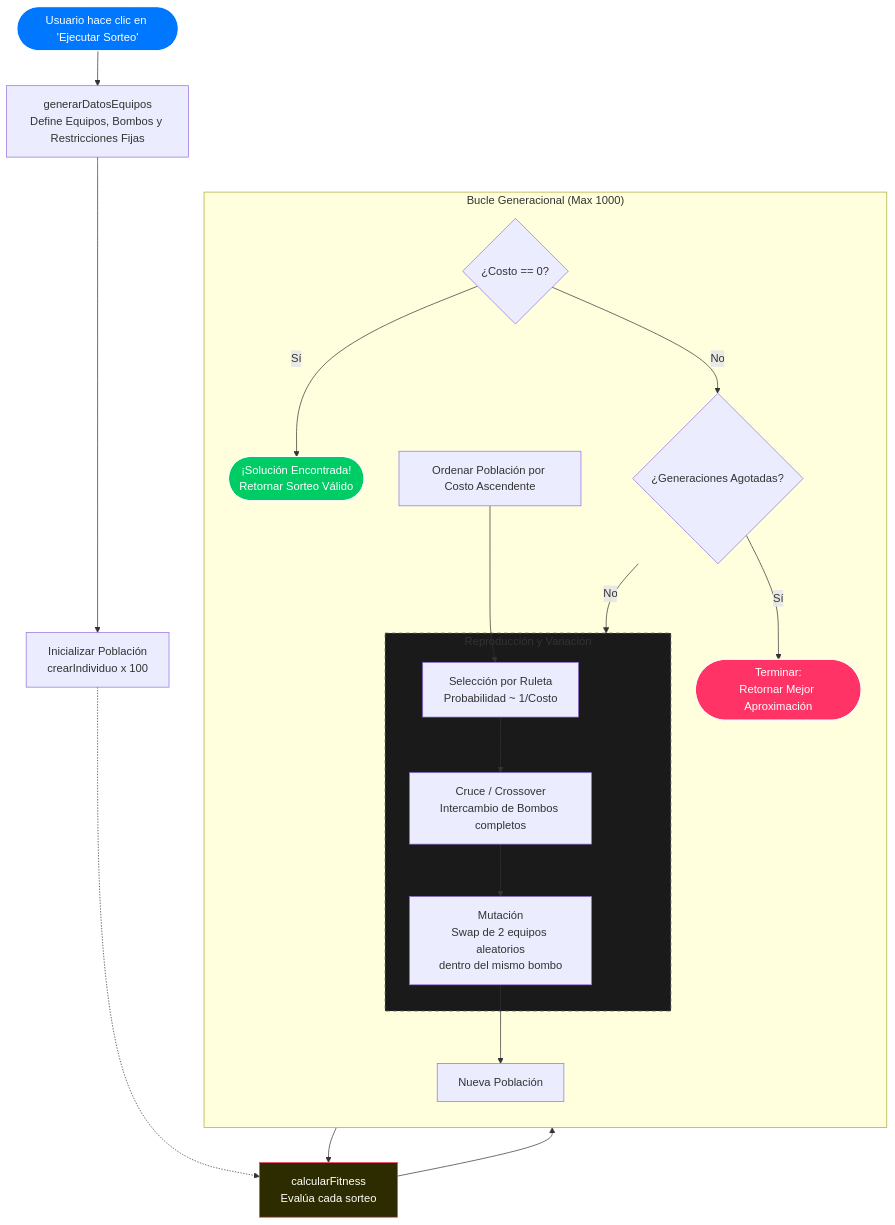
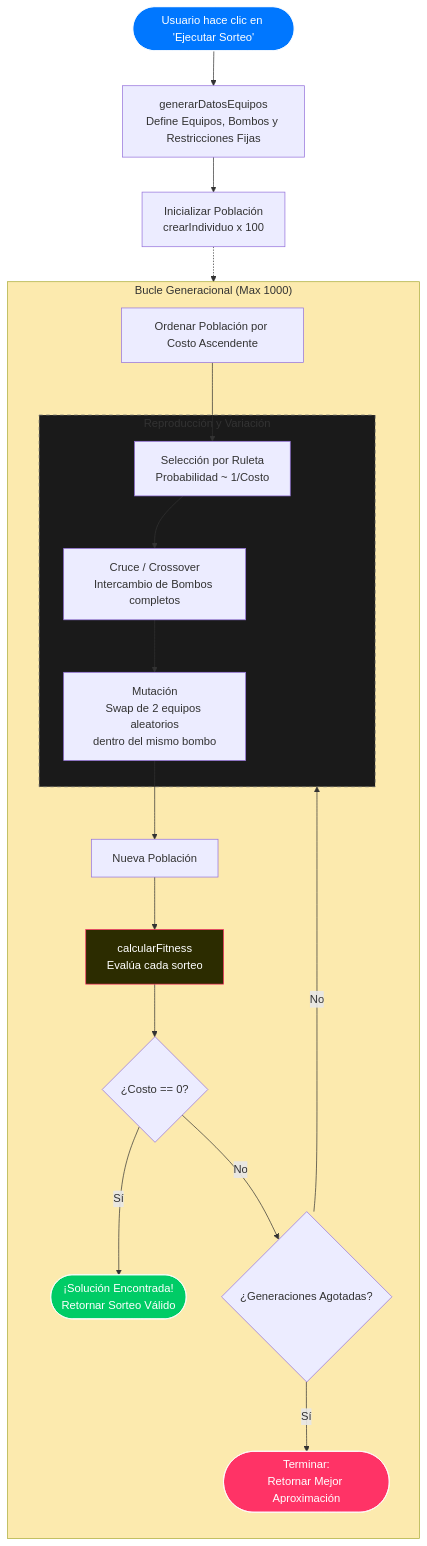
One commit to EricLuceroGonzalez/EricLuceroGonzalez.github.io changed the diagram in app/_posts/sorteo-mundial.es.mdx. Above: the diagram before and after it, drawn with Mermaid. The commit also changed other lines of this file and 19 other files, not shown here.

````diff
--- a/app/_posts/sorteo-mundial.es.mdx
+++ b/app/_posts/sorteo-mundial.es.mdx
@@ -25,46 +29,47 @@
 ```mermaid
 graph TD
     %% Nodos de Inicio y Configuración
     Start([Usuario hace clic en 'Ejecutar Sorteo']) --> InitData[generarDatosEquipos<br/>Define Equipos, Bombos y Restricciones Fijas]
     InitData --> InitPop[Inicializar Población<br/>crearIndividuo x 100]
     
     %% Nota sobre la creación de individuos
     InitPop -.-> Eval
     Eval[calcularFitness<br/>Evalúa cada sorteo]
 
-    Eval --> CheckSuccess
     %% Bucle Principal del GA
     subgraph Ciclo_Genetico ["Bucle Generacional (Max 1000)"]
         direction TB
         
         Sort[Ordenar Población por Costo Ascendente]
+        Eval --> CheckSuccess
         
         CheckSuccess{¿Costo == 0?}
         
         %% Ramas de decisión
         CheckSuccess -- Sí --> Found([¡Solución Encontrada!<br/>Retornar Sorteo Válido])
         CheckSuccess -- No --> CheckGen{¿Generaciones Agotadas?}
         
         CheckGen -- Sí --> StopMax([Terminar:<br/>Retornar Mejor Aproximación])
         CheckGen -- No --> Reproduction
         
         %% Operadores Genéticos
         subgraph Reproduction [Reproducción y Variación]
             Select[Selección por Ruleta<br/>Probabilidad ~ 1/Costo]
             Cross[Cruce / Crossover<br/>Intercambio de Bombos completos]
             Mut[Mutación<br/>Swap de 2 equipos aleatorios<br/>dentro del mismo bombo]
         end
         
         Sort --> Select
         Select --> Cross --> Mut --> NewPop[Nueva Población]
     end
 
     NewPop --> Eval
 
     %% Estilos para dar claridad visual
     style Start fill:#0077FF,stroke:#fff,color:#fff
     style Found fill:#00cc66,stroke:#fff,color:#fff
     style StopMax fill:#FF3366,stroke:#fff,color:#fff
     style Eval fill:#2c2c00,stroke:#FF3366,color:#fff
     style Reproduction fill:#1a1a1a,stroke:#666,stroke-dasharray: 5 5
+    style Ciclo_Genetico fill:#fceaaeff
 ```
````
